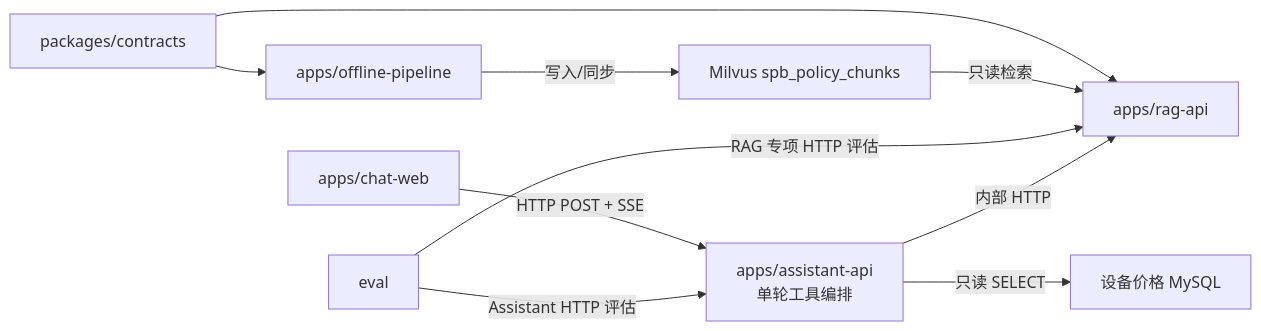
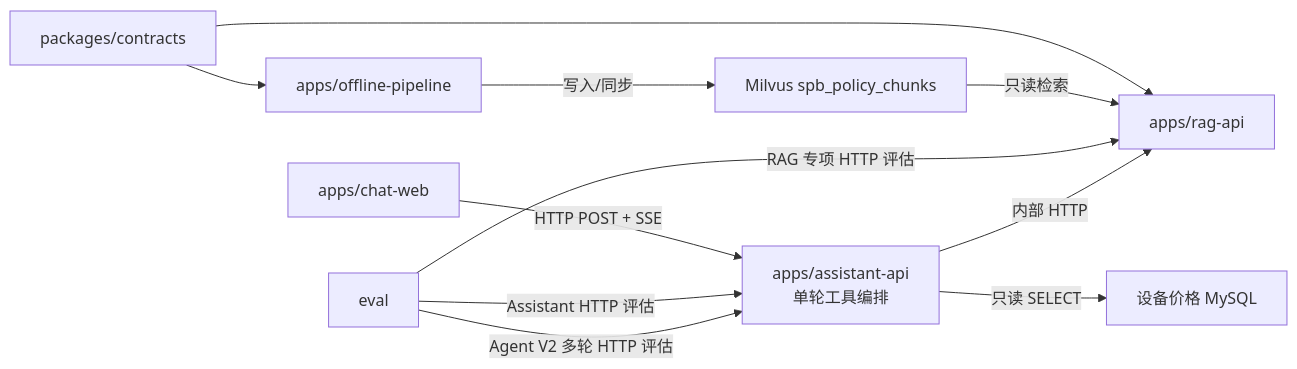
One commit to wwbotww/Intern26-spb changed the first of 2 diagrams in docs/workspace-architecture.md. Above: the diagram before and after it, drawn with Mermaid. The commit also changed other lines of this file and 109 other files, not shown here.

````diff
--- a/docs/workspace-architecture.md
+++ b/docs/workspace-architecture.md
@@ -12,13 +12,14 @@
 ```mermaid
 flowchart LR
     C["packages/contracts"] --> O["apps/offline-pipeline"]
     C --> R["apps/rag-api"]
     O -->|"写入/同步"| M["Milvus spb_policy_chunks"]
     M -->|"只读检索"| R
     W["apps/chat-web"] -->|"HTTP POST + SSE"| A
     E["eval"] -->|"RAG 专项 HTTP 评估"| R
     E -->|"Assistant HTTP 评估"| A
+    E -->|"Agent V2 多轮 HTTP 评估"| A
     A["apps/assistant-api<br/>单轮工具编排"]
     A -->|"内部 HTTP"| R
     A -->|"只读 SELECT"| P["设备价格 MySQL"]
 ```
````
